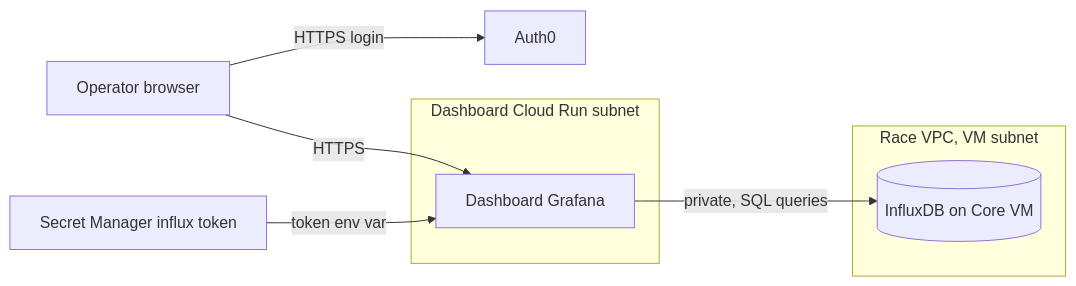
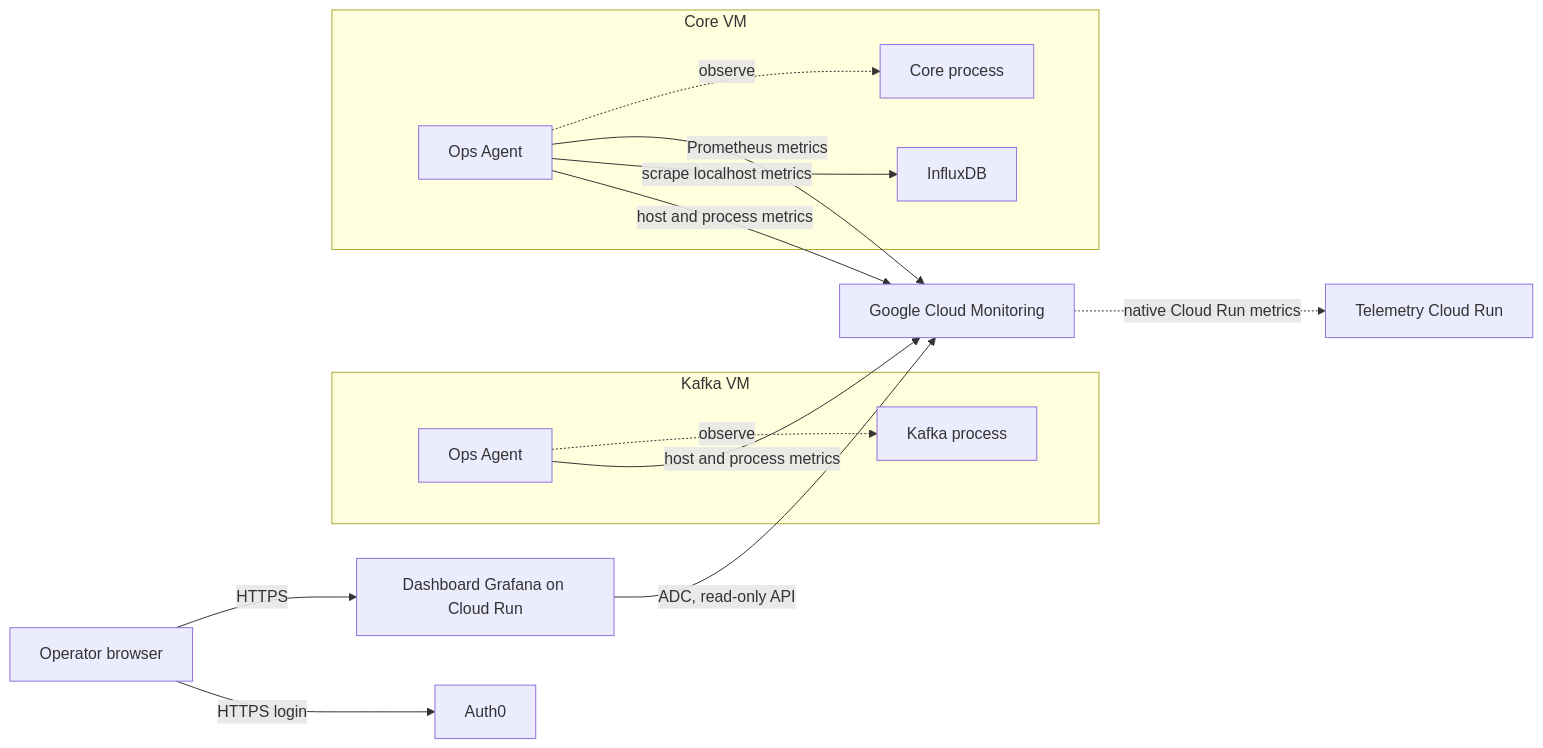
One commit to ChronoRacer/chronoracer changed the diagram in docs/component-dashboard.md. Above: the diagram before and after it, drawn with Mermaid. The commit also changed other lines of this file and 59 other files, not shown here.

````diff
--- a/docs/component-dashboard.md
+++ b/docs/component-dashboard.md
@@ -55,16 +59,28 @@
 ```mermaid
 flowchart LR
     Operator[Operator browser]
     Auth0[Auth0]
-    subgraph run [Dashboard Cloud Run subnet]
-        Dash[Dashboard Grafana]
+    Dash[Dashboard Grafana on Cloud Run]
+    Monitoring[Google Cloud Monitoring]
+    subgraph kafkaVm [Kafka VM]
+        KafkaAgent[Ops Agent]
+        Kafka[Kafka process]
     end
-    subgraph raceVpc [Race VPC, VM subnet]
-        Influx[(InfluxDB on Core VM)]
+    subgraph coreVm [Core VM]
+        CoreAgent[Ops Agent]
+        Core[Core process]
+        Influx[InfluxDB]
     end
-    SM[Secret Manager influx token]
+    Telemetry[Telemetry Cloud Run]
+
     Operator -->|HTTPS login| Auth0
     Operator -->|HTTPS| Dash
-    SM -->|token env var| Dash
-    Dash -->|private, SQL queries| Influx
+    Dash -->|ADC, read-only API| Monitoring
+    KafkaAgent -->|host and process metrics| Monitoring
+    CoreAgent -->|host and process metrics| Monitoring
+    CoreAgent -->|scrape localhost metrics| Influx
+    CoreAgent -->|Prometheus metrics| Monitoring
+    Monitoring -.->|native Cloud Run metrics| Telemetry
+    KafkaAgent -.->|observe| Kafka
+    CoreAgent -.->|observe| Core
 ```
````
